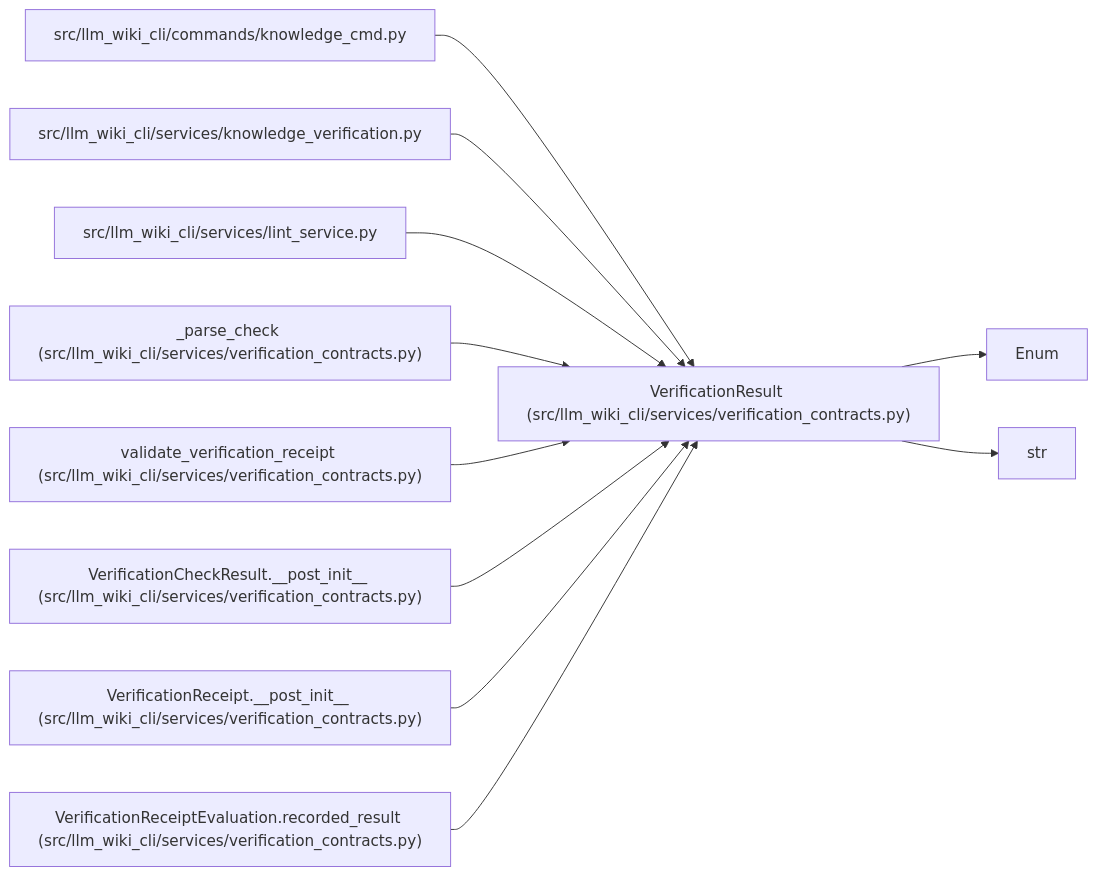
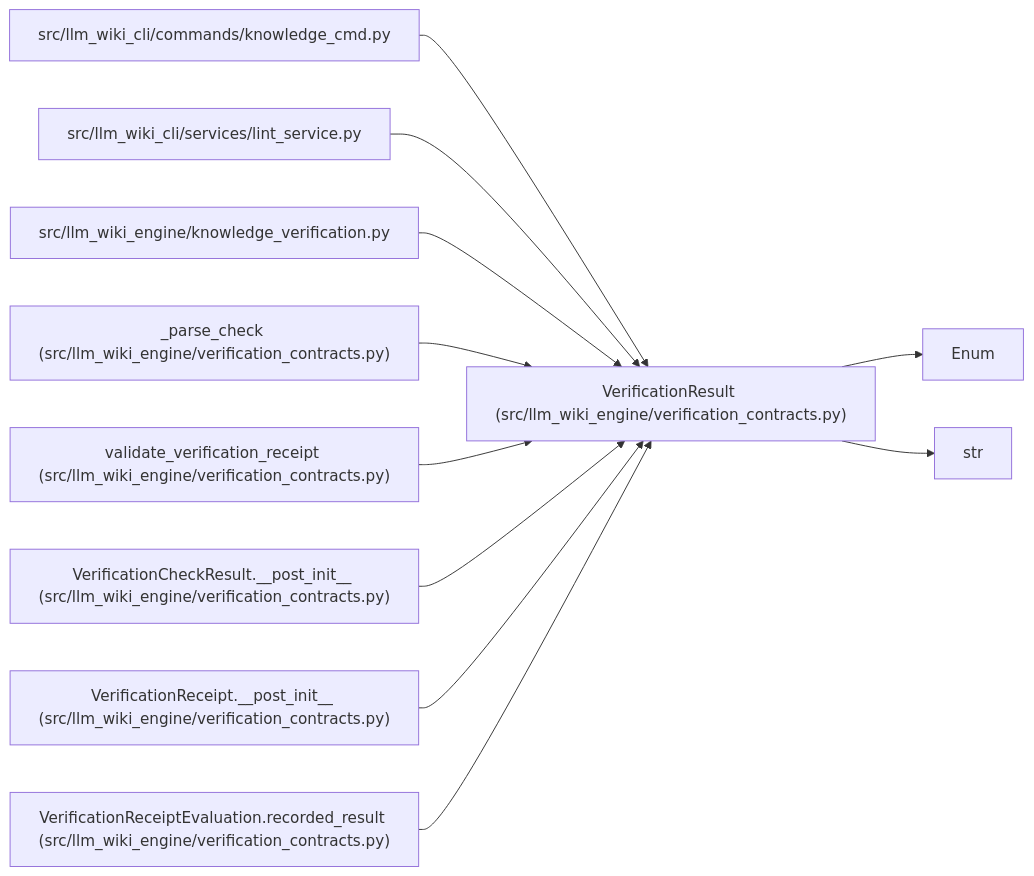
The diagram in docs/llm_wiki/entities/VerificationResult.md (Denissvgn/python-wiki-llm), drawn with Mermaid before and after one commit. The commit also changed other lines of this file and 1058 other files, not shown here.

First line of the commit message:
docs: refresh the wiki for the knowledge store move

````diff
--- a/docs/llm_wiki/entities/VerificationResult.md
+++ b/docs/llm_wiki/entities/VerificationResult.md
@@ -26,33 +26,33 @@
 ```mermaid
 flowchart LR
-    n0["VerificationResult (src/llm_wiki_cli/services/verification_contracts.py)"]
+    n0["VerificationResult (src/llm_wiki_engine/verification_contracts.py)"]
     n1["Enum"]
     n2["str"]
     n3["src/llm_wiki_cli/commands/knowledge_cmd.py"]
-    n4["src/llm_wiki_cli/services/knowledge_verification.py"]
-    n5["src/llm_wiki_cli/services/lint_service.py"]
-    n6["_parse_check (src/llm_wiki_cli/services/verification_contracts.py)"]
-    n7["validate_verification_receipt (src/llm_wiki_cli/services/verification_contracts.py)"]
-    n8["VerificationCheckResult.__post_init__ (src/llm_wiki_cli/services/verification_contracts.py)"]
-    n9["VerificationReceipt.__post_init__ (src/llm_wiki_cli/services/verification_contracts.py)"]
-    n10["VerificationReceiptEvaluation.recorded_result (src/llm_wiki_cli/services/verification_contracts.py)"]
+    n4["src/llm_wiki_cli/services/lint_service.py"]
+    n5["src/llm_wiki_engine/knowledge_verification.py"]
+    n6["_parse_check (src/llm_wiki_engine/verification_contracts.py)"]
+    n7["validate_verification_receipt (src/llm_wiki_engine/verification_contracts.py)"]
+    n8["VerificationCheckResult.__post_init__ (src/llm_wiki_engine/verification_contracts.py)"]
+    n9["VerificationReceipt.__post_init__ (src/llm_wiki_engine/verification_contracts.py)"]
+    n10["VerificationReceiptEvaluation.recorded_result (src/llm_wiki_engine/verification_contracts.py)"]
     n0 --> n1
     n0 --> n2
     n3 --> n0
     n4 --> n0
     n5 --> n0
     n6 --> n0
     n7 --> n0
     n8 --> n0
     n9 --> n0
     n10 --> n0
     click n0 "../modules/verification_contracts.md"
     click n3 "../modules/knowledge_cmd.md"
-    click n4 "../modules/knowledge_verification.md"
-    click n5 "../modules/lint_service.md"
+    click n4 "../modules/lint_service.md"
+    click n5 "../modules/knowledge_verification.md"
     click n6 "../modules/verification_contracts.md"
     click n7 "../modules/verification_contracts.md"
     click n8 "../modules/verification_contracts.md"
     click n9 "../modules/verification_contracts.md"
     click n10 "../modules/verification_contracts.md"
 ```
````
